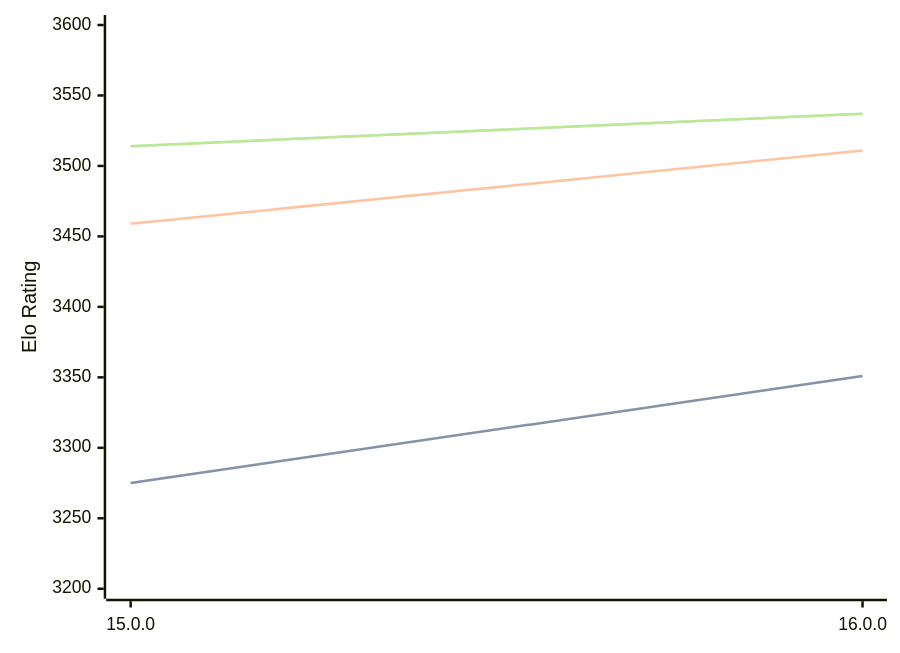
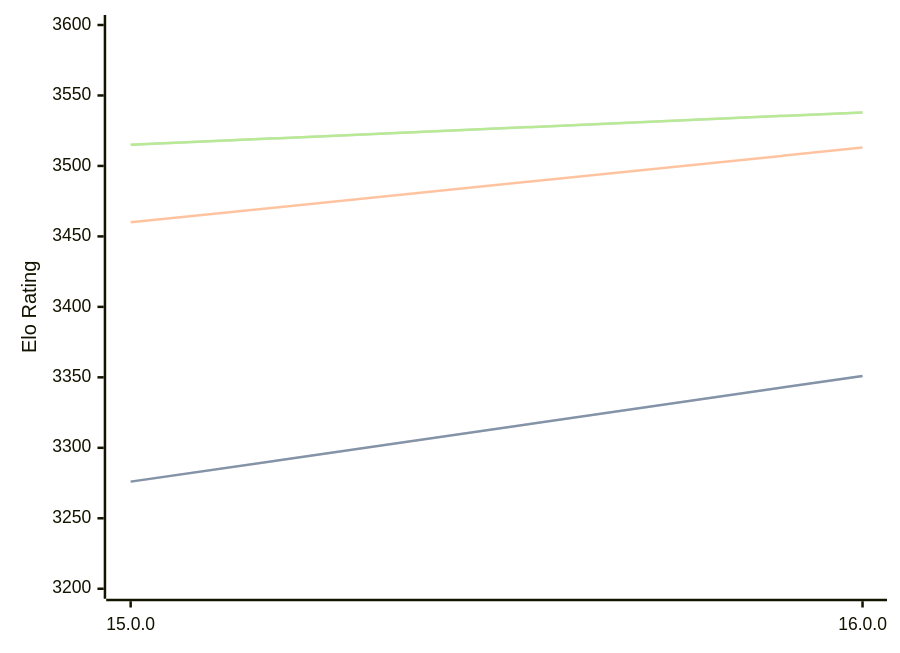
Before and after one commit to computer-chess-index/cci: the diagram in engines/Halogen.md, drawn with Mermaid. The commit also changed other lines of this file, not shown here.

Commit message:
Update CCI Ratings (ELO VLTC) - 2026-08-05

````diff
--- a/engines/Halogen.md
+++ b/engines/Halogen.md
@@ -50,11 +50,11 @@
 ```mermaid
 %%{init: {"theme":"base","themeVariables":{"seriesColors:['#a3a3a3','#222221','#faa371']}}}%%
 xychart-beta
   x-axis ["15.0.0", "16.0.0"]
   y-axis "Elo Rating" 3200 --> 3600
-  line "STC (8.0+0.08s)" [3275, 3351]
-  line "STC (8.0+0.08s)" [3275, 3351]
-  line "LTC (60.0+0.60s)" [3459, 3511]
-  line "VLTC (2m24s+1.12s)" [3514, 3537]
-  line "VLTC (2m24s+1.12s)" [3514, 3537]
+  line "STC (8.0+0.08s)" [3276, 3351]
+  line "STC (8.0+0.08s)" [3276, 3351]
+  line "LTC (60.0+0.60s)" [3460, 3513]
+  line "VLTC (2m24s+1.12s)" [3515, 3538]
+  line "VLTC (2m24s+1.12s)" [3515, 3538]
 ```
````
